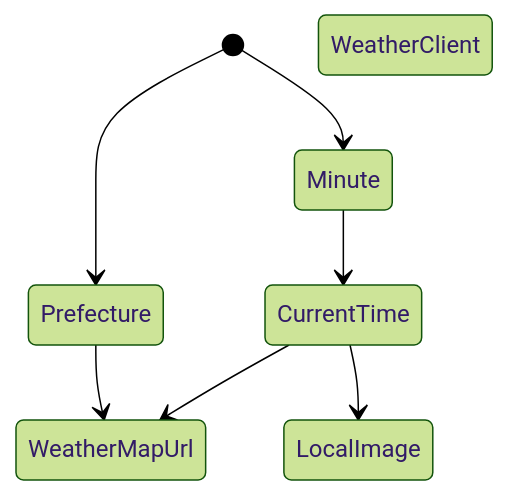
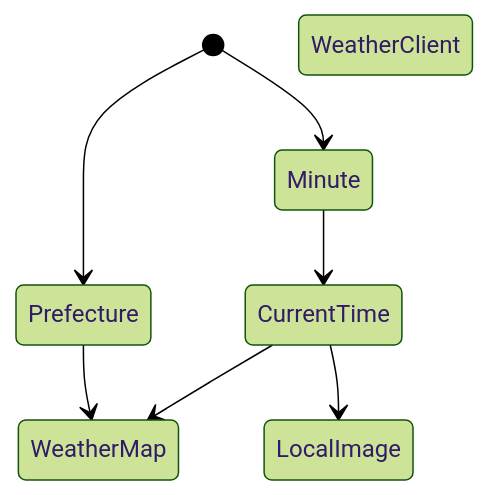
The first of 2 diagrams in README.md (azul915/rain-monitor), drawn with Mermaid (forest theme) before and after one commit. The commit also changed other lines of this file and 1 other file, not shown here.

````diff
--- a/README.md
+++ b/README.md
@@ -3,12 +3,12 @@
 ```mermaid
 stateDiagram-v2
 	[*] --> Minute
 	[*] --> Prefecture
 	Minute --> CurrentTime
-	CurrentTime --> WeatherMapUrl
-	Prefecture --> WeatherMapUrl
+	CurrentTime --> WeatherMap
+	Prefecture --> WeatherMap
 
 	CurrentTime --> LocalImage
 
 	WeatherClient
 ```
````
